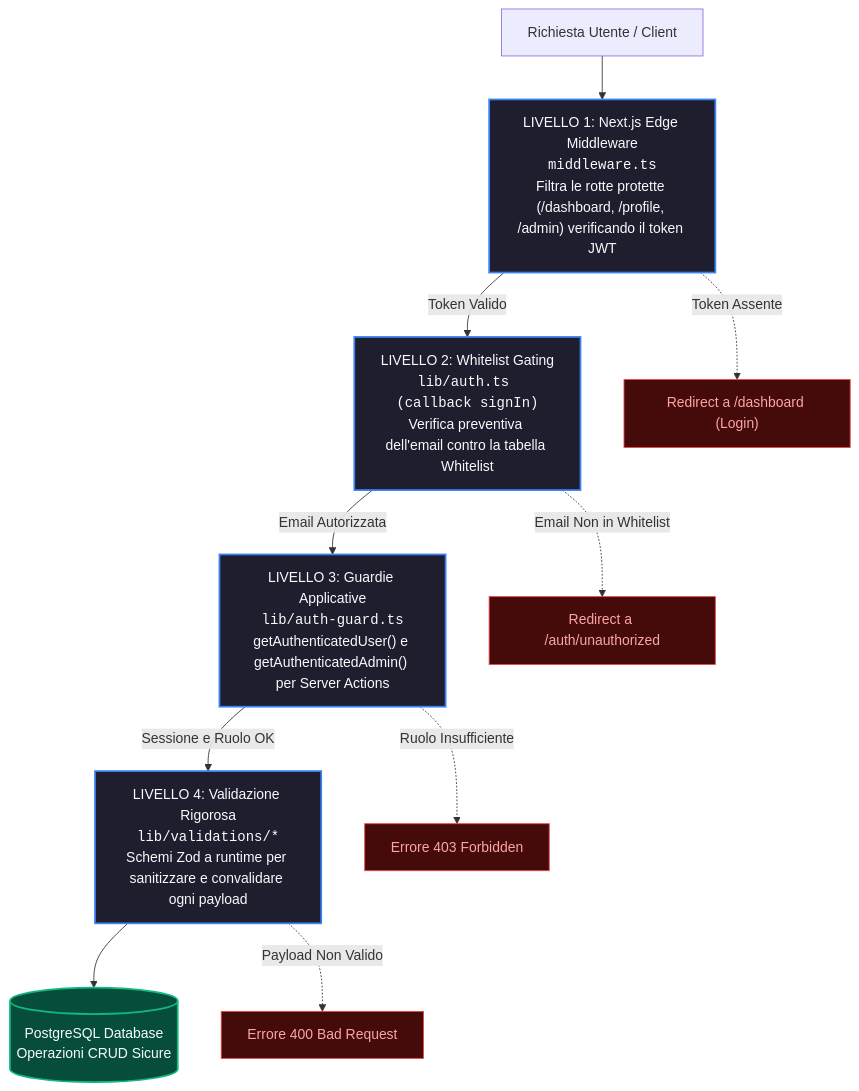
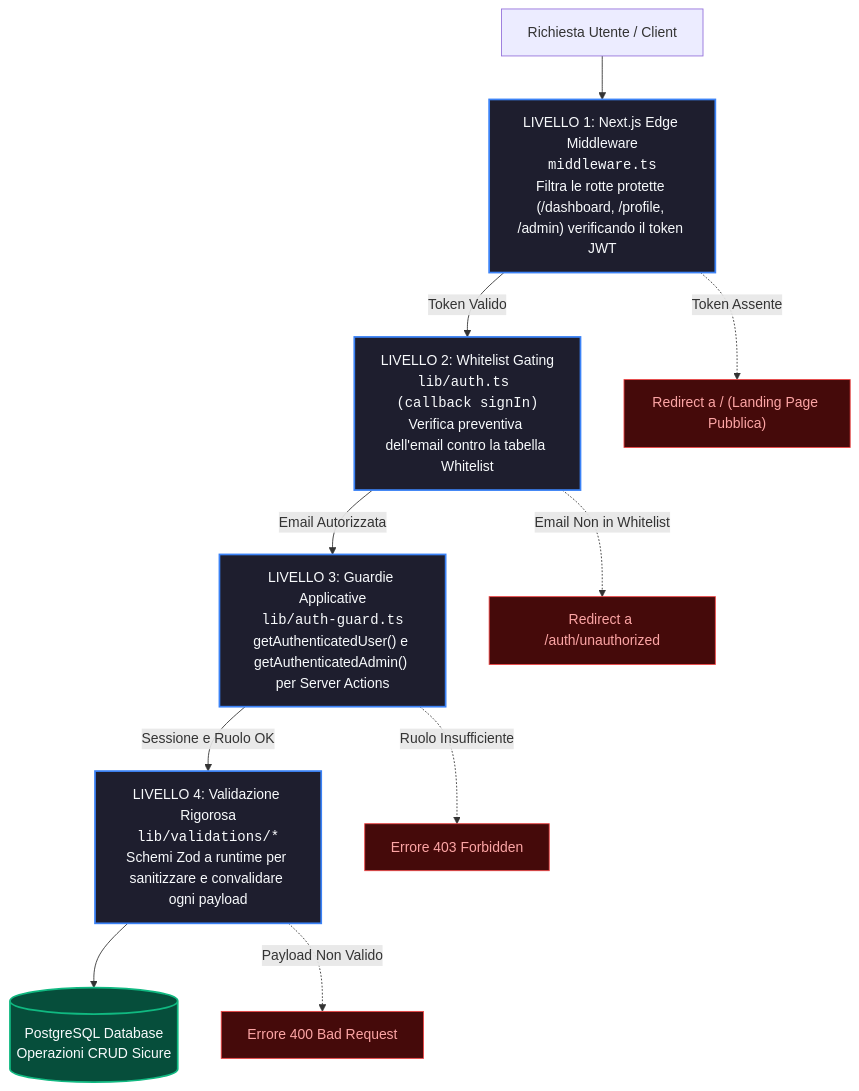
The first of 2 diagrams in docs/01-architecture/auth-and-security.md (lucadileo9/who-is-losing-today), drawn with Mermaid before and after one commit. The commit also changed 2 other files, not shown here.

Commit message:
feat(auth): protect private routes and redirect unauthenticated users to home

````diff
--- a/docs/01-architecture/auth-and-security.md
+++ b/docs/01-architecture/auth-and-security.md
@@ -15,21 +15,21 @@
 ```mermaid
 flowchart TD
     Req["Richiesta Utente / Client"] --> L1["LIVELLO 1: Next.js Edge Middleware<br/><code>middleware.ts</code><br/>Filtra le rotte protette (/dashboard, /profile, /admin) verificando il token JWT"]
     L1 -->|Token Valido| L2["LIVELLO 2: Whitelist Gating<br/><code>lib/auth.ts (callback signIn)</code><br/>Verifica preventiva dell'email contro la tabella Whitelist"]
     L2 -->|Email Autorizzata| L3["LIVELLO 3: Guardie Applicative<br/><code>lib/auth-guard.ts</code><br/>getAuthenticatedUser() e getAuthenticatedAdmin() per Server Actions"]
     L3 -->|Sessione e Ruolo OK| L4["LIVELLO 4: Validazione Rigorosa<br/><code>lib/validations/*</code><br/>Schemi Zod a runtime per sanitizzare e convalidare ogni payload"]
     L4 --> DB[("PostgreSQL Database<br/>Operazioni CRUD Sicure")]
 
-    L1 -.->|Token Assente| R1["Redirect a /dashboard (Login)"]
+    L1 -.->|Token Assente| R1["Redirect a / (Landing Page Pubblica)"]
     L2 -.->|Email Non in Whitelist| R2["Redirect a /auth/unauthorized"]
     L3 -.->|Ruolo Insufficiente| R3["Errore 403 Forbidden"]
     L4 -.->|Payload Non Valido| R4["Errore 400 Bad Request"]
 
     classDef safe fill:#1e1e2e,stroke:#3b82f6,stroke-width:2px,color:#f8fafc;
     classDef reject fill:#450a0a,stroke:#ef4444,stroke-width:1px,color:#fca5a5;
     classDef db fill:#064e3b,stroke:#10b981,stroke-width:2px,color:#f8fafc;
 
     class L1,L2,L3,L4 safe;
     class R1,R2,R3,R4 reject;
     class DB db;
 ```
````
